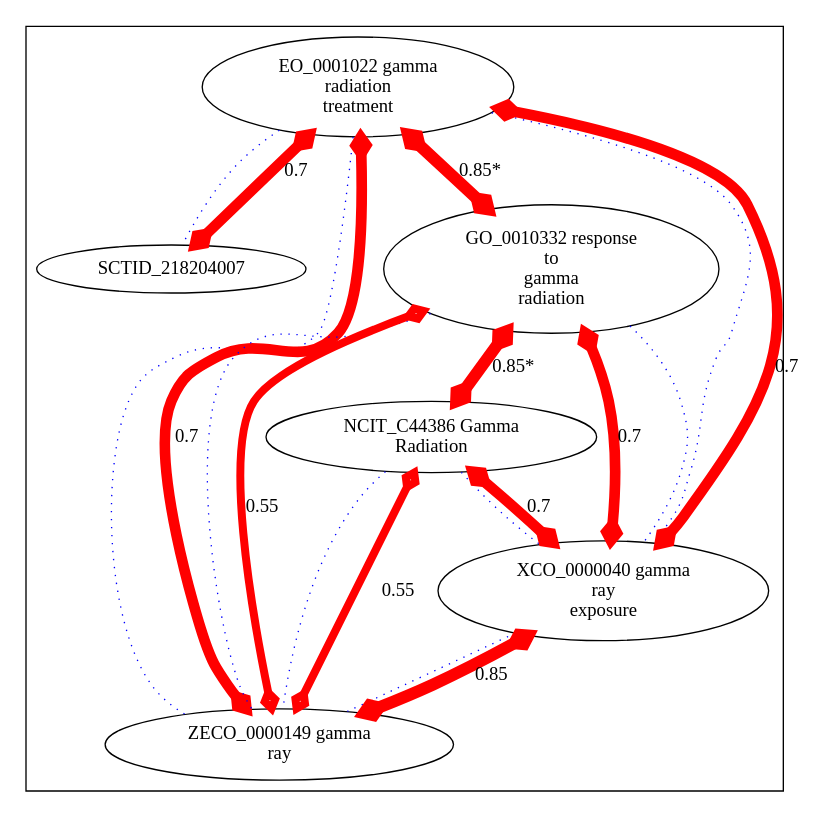
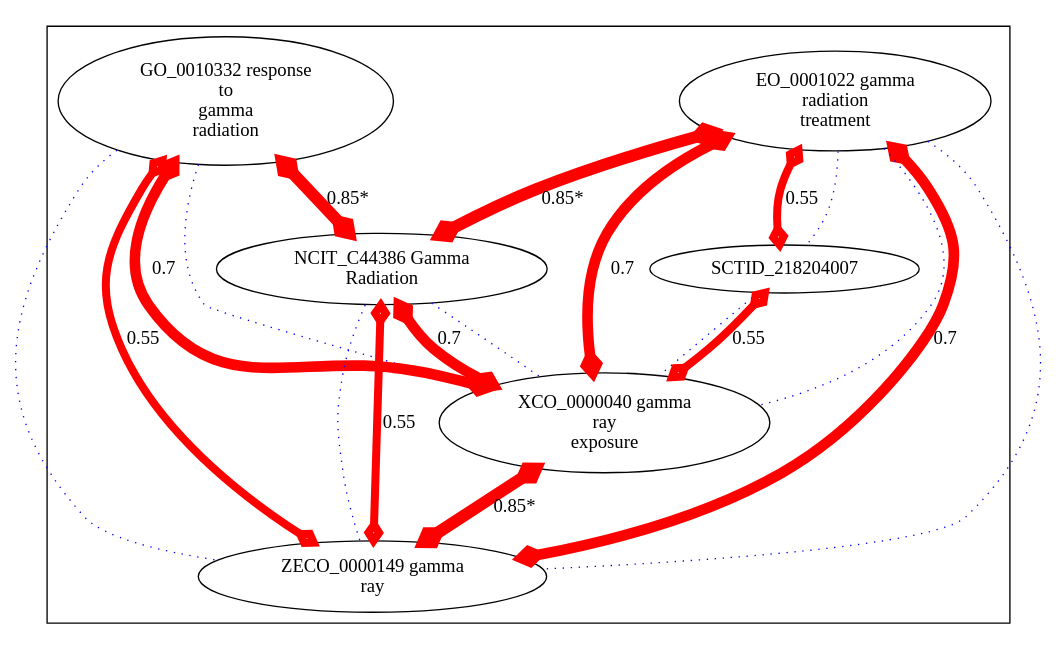
One commit to cmungall/radiation-ontology changed the diagram in target/img-SCTID_218204007.dot. Above: the diagram before and after it, drawn with Graphviz. The commit also changed 18 other files, not shown here.

```diff
--- a/target/img-SCTID_218204007.dot
+++ b/target/img-SCTID_218204007.dot
@@ -1,51 +1,53 @@
 digraph cliquegraph {
 subgraph cluster_SCTID_218204007 {SCTID_218204007 [ label="SCTID_218204007 " ];
 ZECO_0000149 [ label="ZECO_0000149 gamma
 ray" ];
 EO_0001022 [ label="EO_0001022 gamma
 radiation
 treatment" ];
 GO_0010332 [ label="GO_0010332 response
 to
 gamma
 radiation" ];
 XCO_0000040 [ label="XCO_0000040 gamma
 ray
 exposure" ];
 NCIT_C44386 [ label="NCIT_C44386 Gamma
 Radiation" ];}
-EO_0001022 -> SCTID_218204007 [ arrowhead = none, penwidth=1, color=blue, label="", style=dotted]
+NCIT_C44386 -> XCO_0000040 [ arrowhead = none, penwidth=1, color=blue, label="", style=dotted]
+
+GO_0010332 -> XCO_0000040 [ arrowhead = none, penwidth=1, color=blue, label="", style=dotted]
+
+EO_0001022 -> ZECO_0000149 [ arrowhead = none, penwidth=1, color=blue, label="", style=dotted]
+
+GO_0010332 -> ZECO_0000149 [ arrowhead = none, penwidth=1, color=blue, label="", style=dotted]
 
 NCIT_C44386 -> ZECO_0000149 [ arrowhead = none, penwidth=1, color=blue, label="", style=dotted]
 
-EO_0001022 -> ZECO_0000149 [ arrowhead = none, penwidth=1, color=blue, label="", style=dotted]
-
-XCO_0000040 -> ZECO_0000149 [ arrowhead = none, penwidth=1, color=blue, label="", style=dotted]
+SCTID_218204007 -> XCO_0000040 [ arrowhead = none, penwidth=1, color=blue, label="", style=dotted]
 
 EO_0001022 -> XCO_0000040 [ arrowhead = none, penwidth=1, color=blue, label="", style=dotted]
 
-GO_0010332 -> ZECO_0000149 [ arrowhead = none, penwidth=1, color=blue, label="", style=dotted]
+EO_0001022 -> SCTID_218204007 [ arrowhead = none, penwidth=1, color=blue, label="", style=dotted]
+EO_0001022 -> SCTID_218204007 [ arrowhead = ediamond, penwidth=6, color=red, label="0.55", style=solid, arrowtail=ediamond, dir=both]
 
-GO_0010332 -> XCO_0000040 [ arrowhead = none, penwidth=1, color=blue, label="", style=dotted]
-
-NCIT_C44386 -> XCO_0000040 [ arrowhead = none, penwidth=1, color=blue, label="", style=dotted]
-EO_0001022 -> SCTID_218204007 [ arrowhead = ediamond, penwidth=8, color=red, label="0.7", style=solid, arrowtail=ediamond, dir=both]
+GO_0010332 -> ZECO_0000149 [ arrowhead = ediamond, penwidth=6, color=red, label="0.55", style=solid, arrowtail=ediamond, dir=both]
 
 NCIT_C44386 -> ZECO_0000149 [ arrowhead = ediamond, penwidth=6, color=red, label="0.55", style=solid, arrowtail=ediamond, dir=both]
 
-GO_0010332 -> ZECO_0000149 [ arrowhead = ediamond, penwidth=6, color=red, label="0.55", style=solid, arrowtail=ediamond, dir=both]
+GO_0010332 -> NCIT_C44386 [ arrowhead = ediamond, penwidth=9, color=red, label="0.85*", style=solid, arrowtail=ediamond, dir=both]
 
-GO_0010332 -> NCIT_C44386 [ arrowhead = ediamond, penwidth=9, color=red, label="0.85*", style=solid, arrowtail=ediamond, dir=both]
+SCTID_218204007 -> XCO_0000040 [ arrowhead = ediamond, penwidth=6, color=red, label="0.55", style=solid, arrowtail=ediamond, dir=both]
 
 EO_0001022 -> ZECO_0000149 [ arrowhead = ediamond, penwidth=8, color=red, label="0.7", style=solid, arrowtail=ediamond, dir=both]
 
-EO_0001022 -> GO_0010332 [ arrowhead = ediamond, penwidth=9, color=red, label="0.85*", style=solid, arrowtail=ediamond, dir=both]
-
-XCO_0000040 -> ZECO_0000149 [ arrowhead = ediamond, penwidth=9, color=red, label="0.85", style=solid, arrowtail=ediamond, dir=both]
+EO_0001022 -> NCIT_C44386 [ arrowhead = ediamond, penwidth=9, color=red, label="0.85*", style=solid, arrowtail=ediamond, dir=both]
 
 NCIT_C44386 -> XCO_0000040 [ arrowhead = ediamond, penwidth=8, color=red, label="0.7", style=solid, arrowtail=ediamond, dir=both]
+
+XCO_0000040 -> ZECO_0000149 [ arrowhead = ediamond, penwidth=9, color=red, label="0.85*", style=solid, arrowtail=ediamond, dir=both]
 
 GO_0010332 -> XCO_0000040 [ arrowhead = ediamond, penwidth=8, color=red, label="0.7", style=solid, arrowtail=ediamond, dir=both]
 
 EO_0001022 -> XCO_0000040 [ arrowhead = ediamond, penwidth=8, color=red, label="0.7", style=solid, arrowtail=ediamond, dir=both]
 }
```
